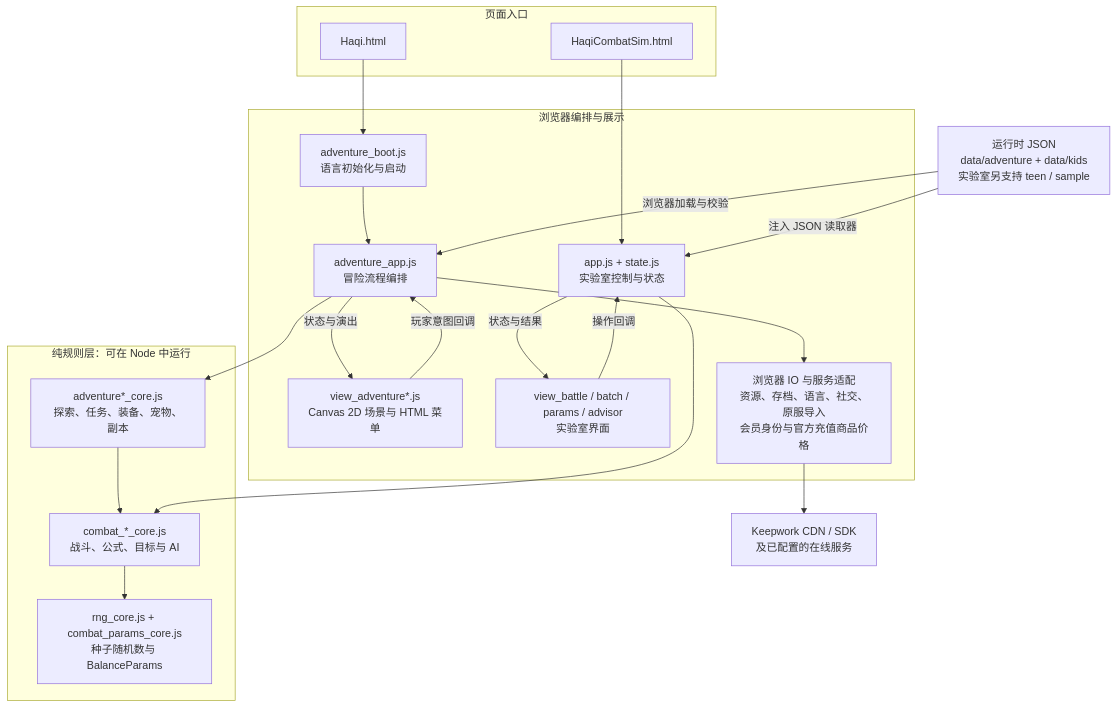
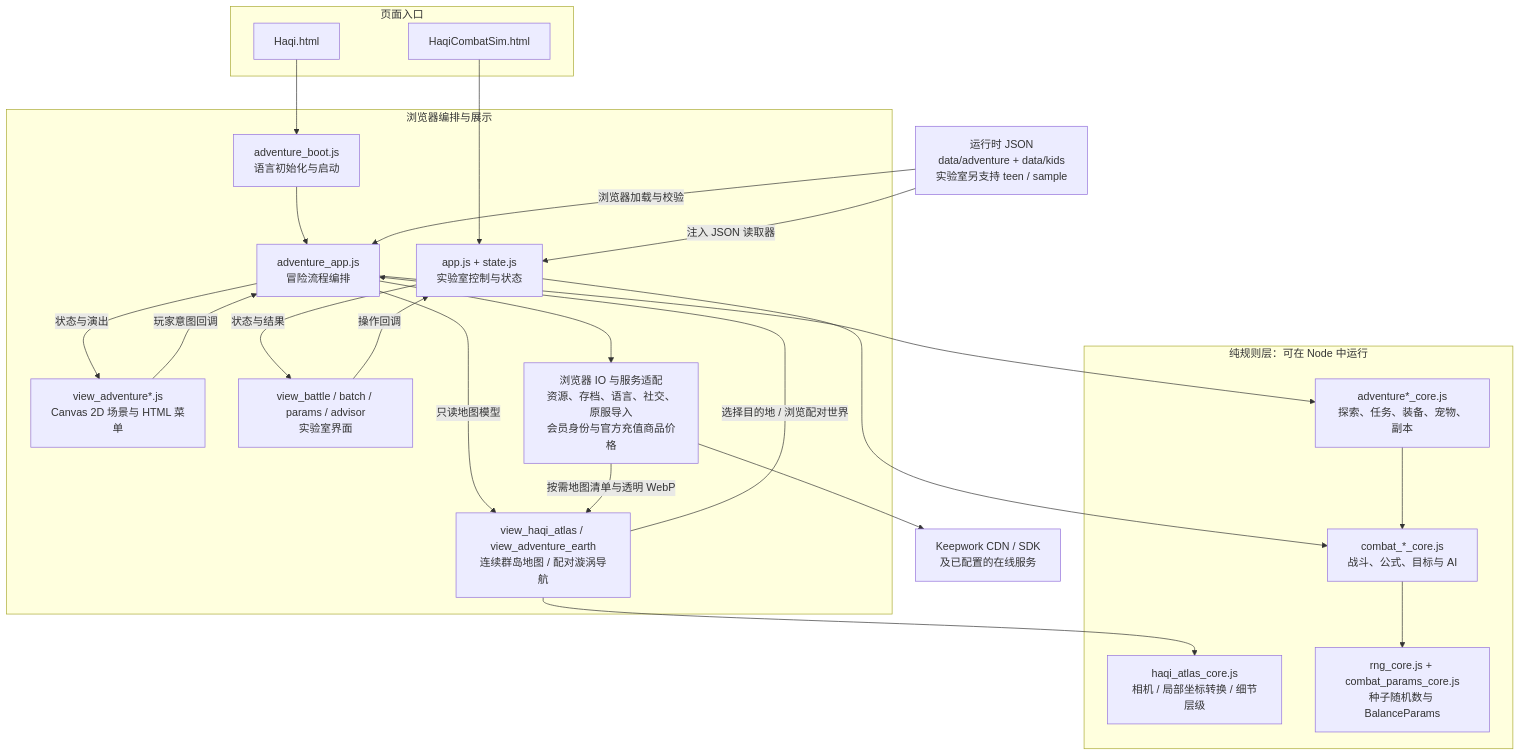
Before and after one commit to LiXizhi/HaqiWebTools: the second of 12 diagrams in HaqiCombatSim/docs/architecture.md, drawn with Mermaid. The commit also changed other lines of this file and 218 other files, not shown here.

````diff
--- a/HaqiCombatSim/docs/architecture.md
+++ b/HaqiCombatSim/docs/architecture.md
@@ -21,36 +47,42 @@
 ```mermaid
 flowchart TB
     subgraph Entry[页面入口]
         Game["Haqi.html"]
         Lab["HaqiCombatSim.html"]
     end
     subgraph Browser[浏览器编排与展示]
         Boot["adventure_boot.js<br/>语言初始化与启动"]
         Adventure["adventure_app.js<br/>冒险流程编排"]
         App["app.js + state.js<br/>实验室控制与状态"]
         GameView["view_adventure*.js<br/>Canvas 2D 场景与 HTML 菜单"]
+        AtlasView["view_haqi_atlas / view_adventure_earth<br/>连续群岛地图 / 配对漩涡导航"]
         LabView["view_battle / batch / params / advisor<br/>实验室界面"]
         IO["浏览器 IO 与服务适配<br/>资源、存档、语言、社交、原服导入<br/>会员身份与官方充值商品价格"]
     end
     subgraph Core[纯规则层：可在 Node 中运行]
+        AtlasGeometry["haqi_atlas_core.js<br/>相机 / 局部坐标转换 / 细节层级"]
         Rules["adventure*_core.js<br/>探索、任务、装备、宠物、副本"]
         Combat["combat_*_core.js<br/>战斗、公式、目标与 AI"]
         Shared["rng_core.js + combat_params_core.js<br/>种子随机数与 BalanceParams"]
     end
     Data["运行时 JSON<br/>data/adventure + data/kids<br/>实验室另支持 teen / sample"]
     Services["Keepwork CDN / SDK<br/>及已配置的在线服务"]
 
     Game --> Boot --> Adventure
     Lab --> App
     GameView -->|玩家意图回调| Adventure
     Adventure -->|状态与演出| GameView
+    Adventure -->|只读地图模型| AtlasView
+    AtlasView -->|选择目的地 / 浏览配对世界| Adventure
+    AtlasView --> AtlasGeometry
+    IO -->|按需地图清单与透明 WebP| AtlasView
     LabView -->|操作回调| App
     App -->|状态与结果| LabView
     Adventure --> Rules --> Combat
     App --> Combat
     Combat --> Shared
     Adventure --> IO
     IO --> Services
     Data -->|浏览器加载与校验| Adventure
     Data -->|注入 JSON 读取器| App
 ```
````
